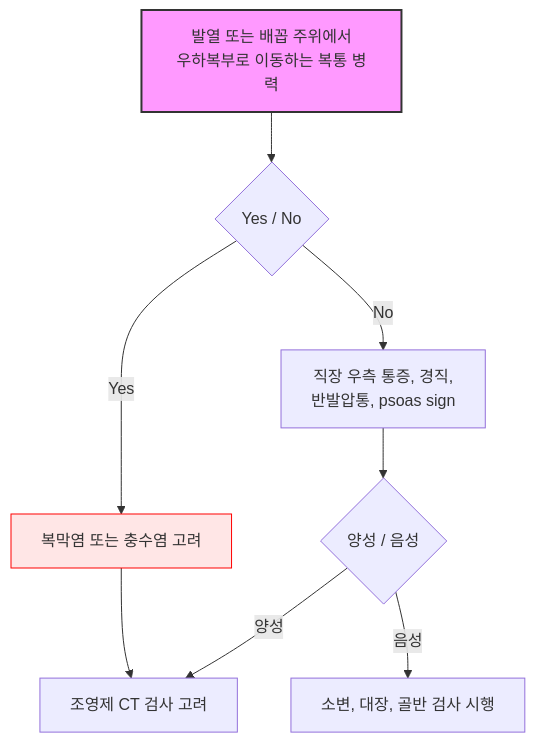
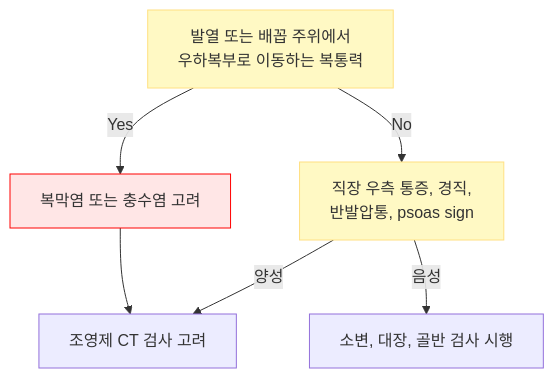
One commit to familyoh77/familyoh77 changed the second of 4 diagrams in 220_/003_-abdominal-pain.md. Above: the diagram before and after it, drawn with Mermaid. The commit also changed other lines of this file and 4 other files, not shown here.

````diff
--- a/220_/003_-abdominal-pain.md
+++ b/220_/003_-abdominal-pain.md
@@ -205,16 +205,12 @@
 ```mermaid
   flowchart TD
-    Start[발열 또는 배꼽 주위에서<br/>우하복부로 이동하는 복통 병력] --> Step1{Yes / No}
-    
-    Step1 -- "Yes" --> Appendix[복막염 또는 충수염 고려]
+    Start[발열 또는 배꼽 주위에서<br/>우하복부로 이동하는 복통력]   
+    Start -- "Yes" --> Appendix[복막염 또는 충수염 고려]
     Appendix --> CT1[조영제 CT 검사 고려]
-    
-    Step1 -- "No" --> Physical[직장 우측 통증, 경직,<br/>반발압통, psoas sign]
-    
-    Physical --> Result{양성 / 음성}
-    Result -- "양성" --> CT1
-    Result -- "음성" --> Others[소변, 대장, 골반 검사 시행]
-
-    style Start fill:#f9f,stroke:#333,stroke-width:2px
+    Start -- "No" --> Physical[직장 우측 통증, 경직,<br/>반발압통, psoas sign]
+    Physical -- "양성" --> CT1
+    Physical -- "음성" --> Others[소변, 대장, 골반 검사 시행]
+    classDef yellow fill:#fff9c4,stroke:#ffe082
+    class Start,Physical yellow
     style Appendix fill:#ffe6e6,stroke:#ff0000 
 ```
````
